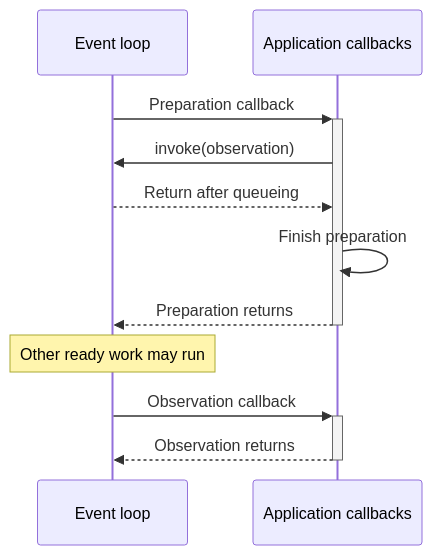
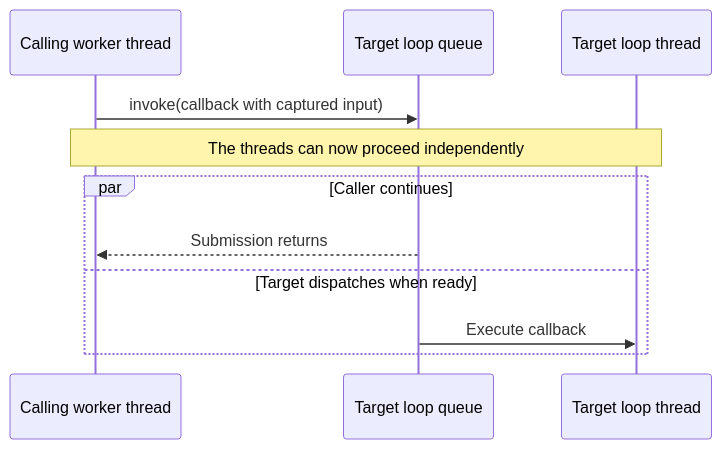
Before and after one commit to erbsland-dev/erbsland-core: the diagram in doc/topics/event/scheduling_work.rst, drawn with Mermaid. The commit also changed other lines of this file and 613 other files, not shown here.

```diff
--- a/doc/topics/event/scheduling_work.rst
+++ b/doc/topics/event/scheduling_work.rst
@@ -92,13 +43,13 @@
 .. mermaid::
 
     sequenceDiagram
-        participant L as Event loop
-        participant C as Application callbacks
-        L->>+C: Preparation callback
-        C->>L: invoke(observation)
-        L-->>C: Return after queueing
-        C->>C: Finish preparation
-        C-->>-L: Preparation returns
-        Note over L: Other ready work may run
-        L->>+C: Observation callback
-        C-->>-L: Observation returns
+        participant W as Calling worker thread
+        participant Q as Target loop queue
+        participant M as Target loop thread
+        W->>Q: invoke(callback with captured input)
+        Note over W,M: The threads can now proceed independently
+        par Caller continues
+            Q-->>W: Submission returns
+        and Target dispatches when ready
+            Q->>M: Execute callback
+        end
```
